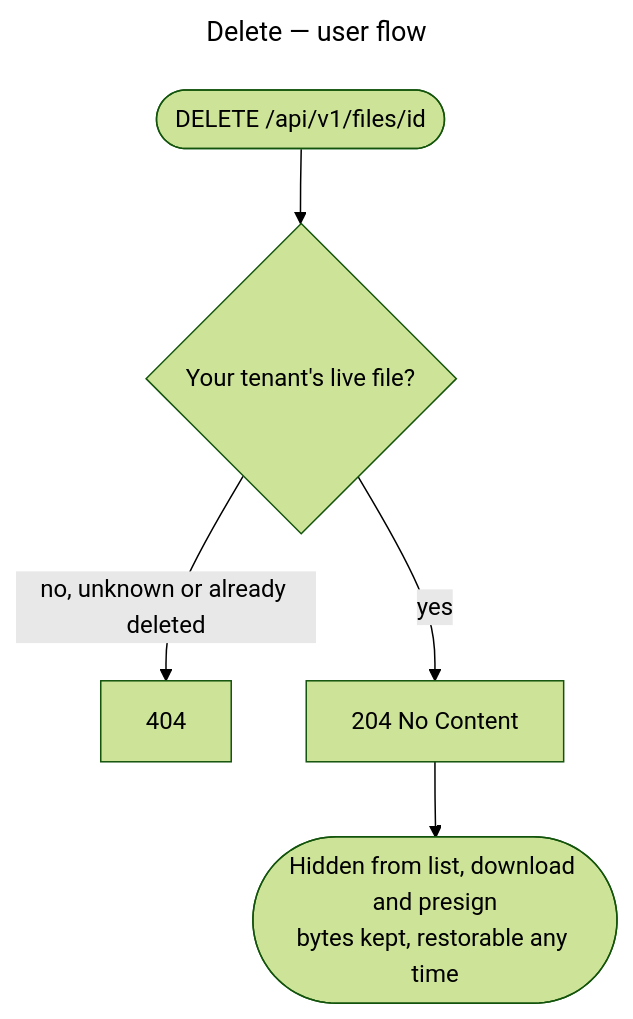
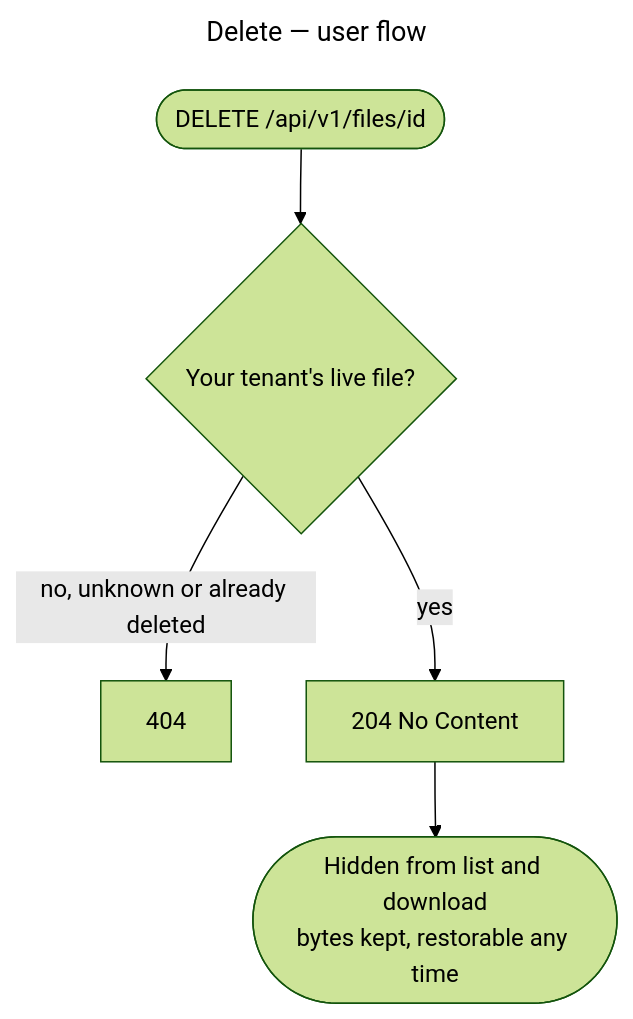
One commit to gmetskhvarishvili/GM.FileStorage.Samples changed the eighth of 10 diagrams in docs/user-flows.md. Above: the diagram before and after it, drawn with Mermaid (forest theme). The commit also changed other lines of this file and 19 other files, not shown here.

````diff
--- a/docs/user-flows.md
+++ b/docs/user-flows.md
@@ -183,10 +183,10 @@
 ```mermaid
 ---
 title: Delete — user flow
 ---
 flowchart TD
     start([DELETE /api/v1/files/id]) --> live{Your tenant's live file?}
     live -- no, unknown or already deleted --> f404[404]
     live -- yes --> ok[204 No Content]
-    ok --> after([Hidden from list, download and presign<br/>bytes kept, restorable any time])
+    ok --> after([Hidden from list and download<br/>bytes kept, restorable any time])
 ```
````
